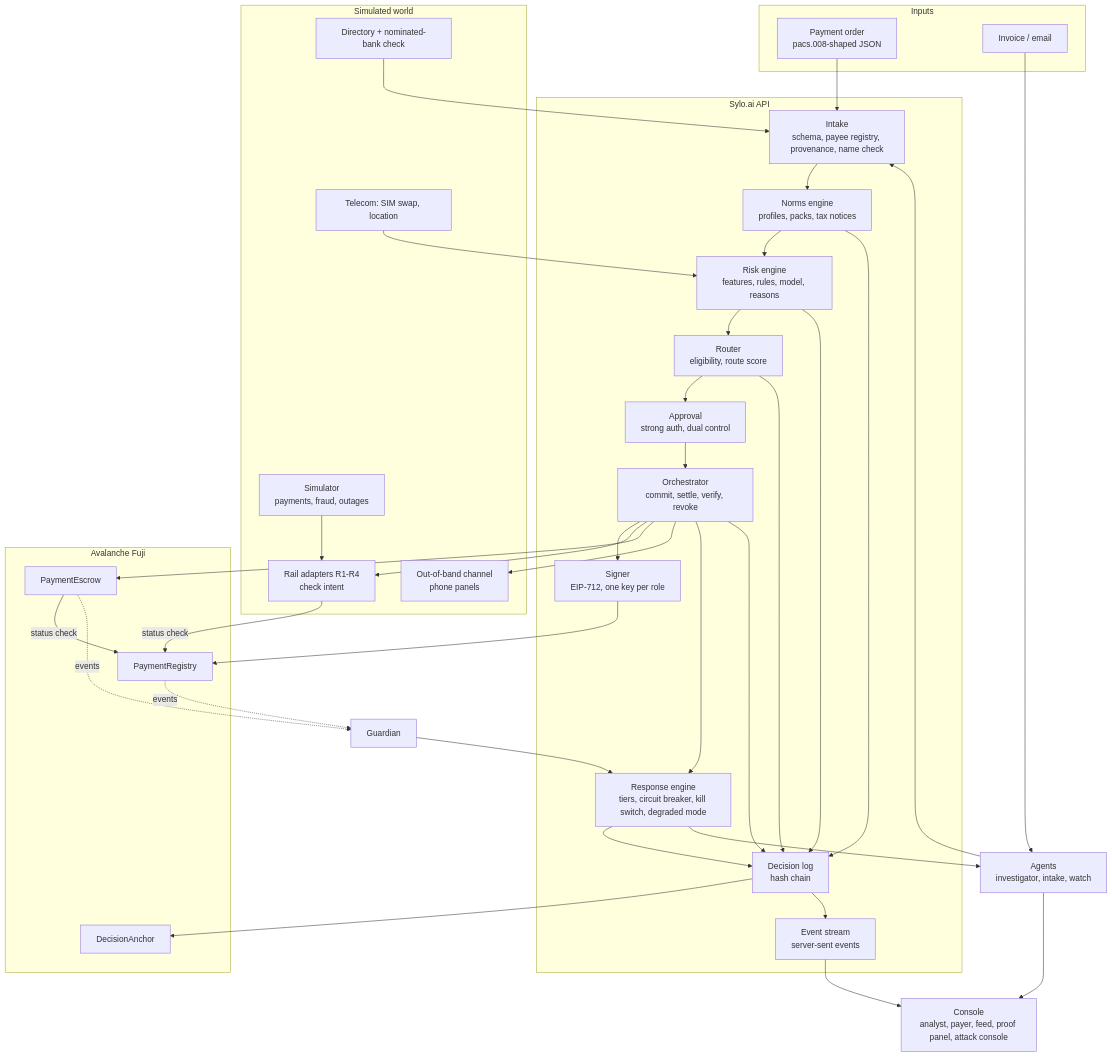
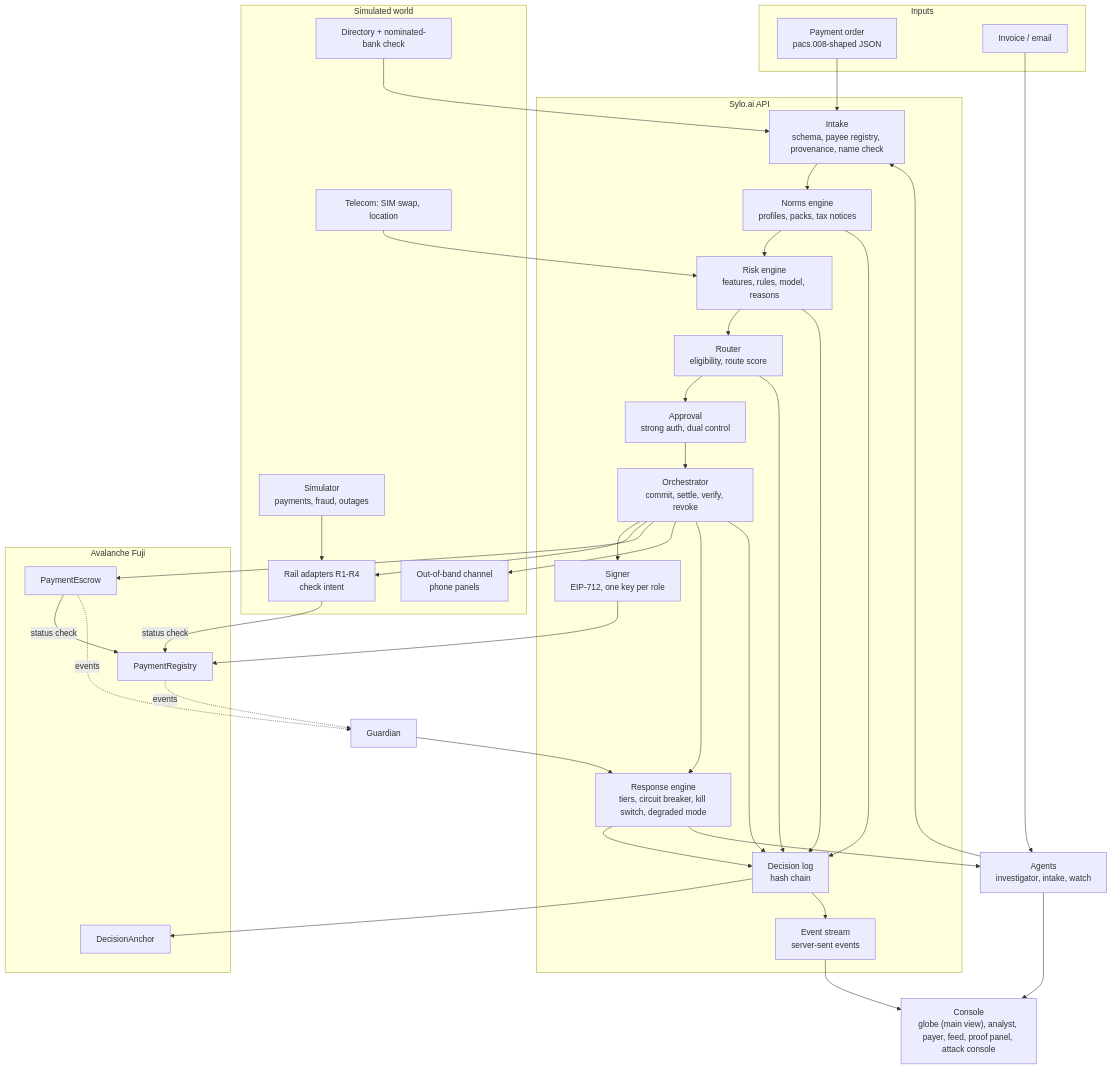
One commit to hu-oscar/Sylo.ai- changed the first of 2 diagrams in prd-final-v4.md. Above: the diagram before and after it, drawn with Mermaid. The commit also changed other lines of this file and 1 other file, not shown here.

First line of the commit message:
docs: PRD v4 — globe as the main view (P0)

````diff
--- a/prd-final-v4.md
+++ b/prd-final-v4.md
@@ -713,53 +714,53 @@
 ```mermaid
 flowchart TB
   subgraph Inputs
     ORD["Payment order<br/>pacs.008-shaped JSON"]
     DOC["Invoice / email"]
   end
   subgraph Core["Sylo.ai API"]
     INT["Intake<br/>schema, payee registry, provenance, name check"]
     NOR["Norms engine<br/>profiles, packs, tax notices"]
     RSK["Risk engine<br/>features, rules, model, reasons"]
     RTE["Router<br/>eligibility, route score"]
     APR["Approval<br/>strong auth, dual control"]
     SIG["Signer<br/>EIP-712, one key per role"]
     ORC["Orchestrator<br/>commit, settle, verify, revoke"]
     RSP["Response engine<br/>tiers, circuit breaker, kill switch, degraded mode"]
     LOG["Decision log<br/>hash chain"]
     EVT["Event stream<br/>server-sent events"]
   end
   subgraph Sim["Simulated world"]
     DIR["Directory + nominated-bank check"]
     TEL["Telecom: SIM swap, location"]
     OOB["Out-of-band channel<br/>phone panels"]
     ADP["Rail adapters R1-R4<br/>check intent"]
     GEN["Simulator<br/>payments, fraud, outages"]
   end
   subgraph Chain["Avalanche Fuji"]
     REG["PaymentRegistry"]
     ESC["PaymentEscrow"]
     ANC["DecisionAnchor"]
   end
   AG["Agents<br/>investigator, intake, watch"]
   GUA["Guardian"]
-  WEB["Console<br/>analyst, payer, feed, proof panel, attack console"]
+  WEB["Console<br/>globe (main view), analyst, payer, feed, proof panel, attack console"]
 
   ORD --> INT
   DOC --> AG --> INT
   DIR --> INT
   INT --> NOR --> RSK --> RTE --> APR --> ORC
   TEL --> RSK
   ORC --> SIG --> REG
   ORC --> ADP
   ADP -- status check --> REG
   ORC --> ESC
   ESC -- status check --> REG
   ORC --> OOB
   GEN --> ADP
   ORC --> RSP
   NOR & RSK & RTE & ORC & RSP --> LOG --> ANC
   REG & ESC -. events .-> GUA --> RSP
   RSP --> AG
   LOG --> EVT --> WEB
   AG --> WEB
 ```
````
